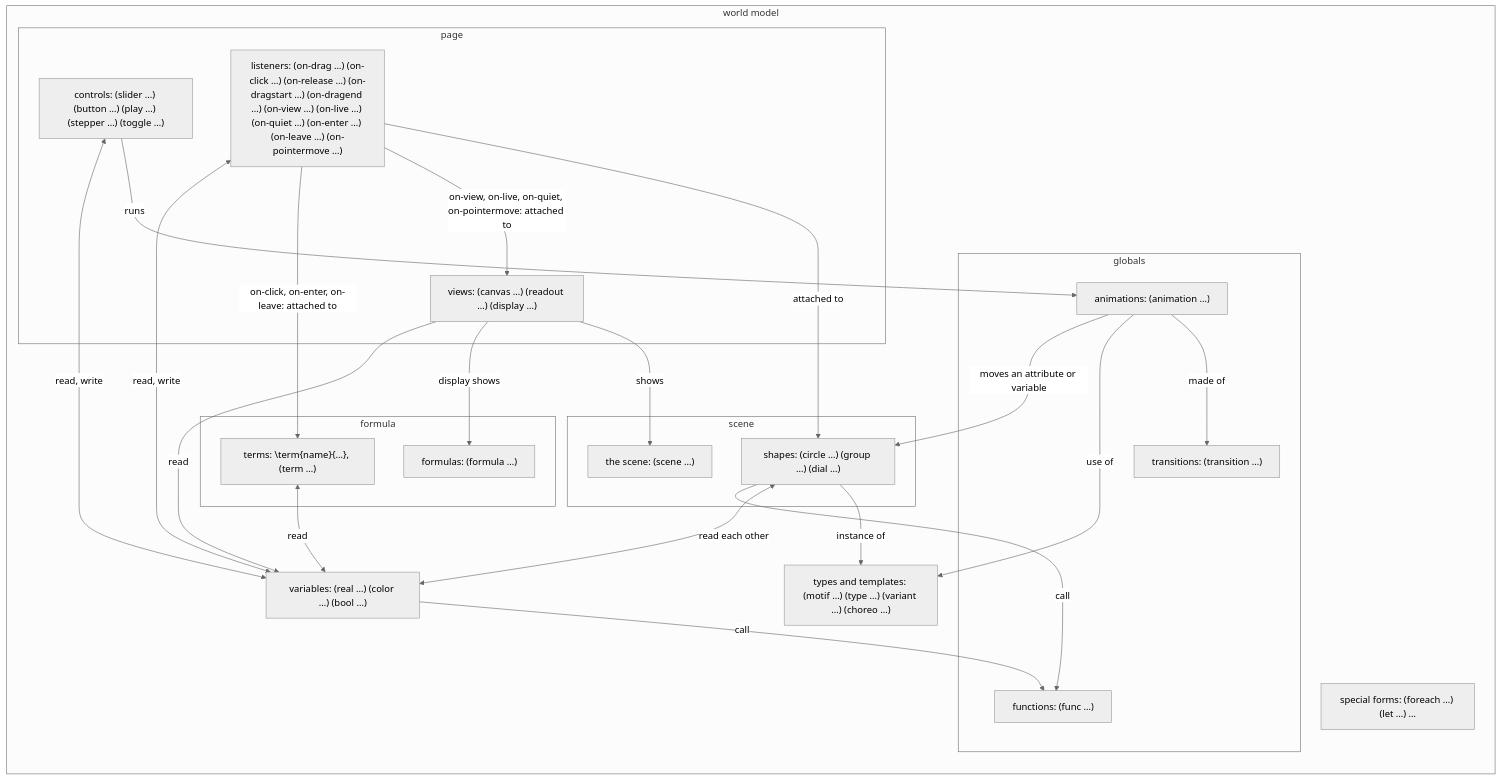
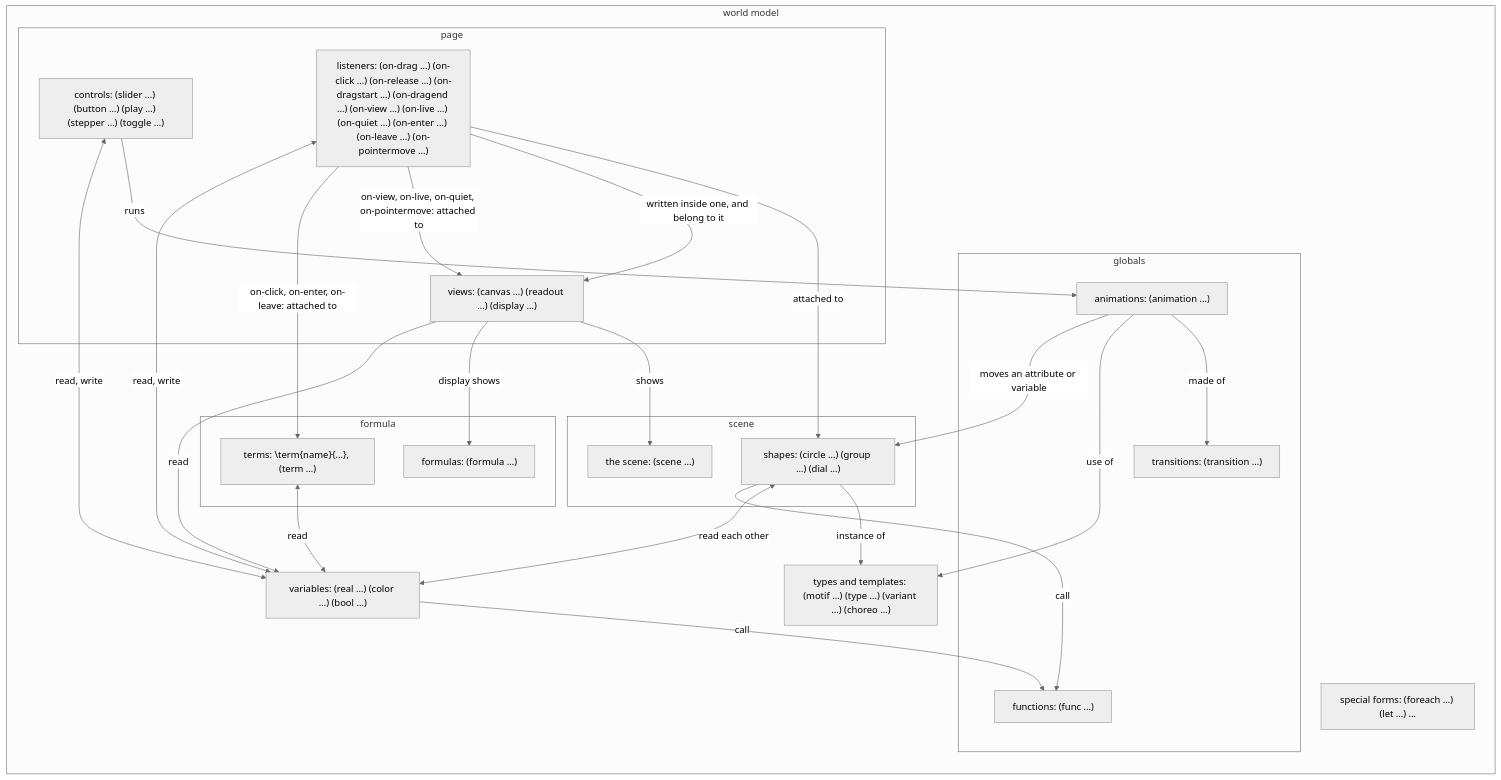
The second of 3 diagrams in docs/data-model.md (aris-pub/mathterpiece), drawn with Mermaid (neutral theme) before and after one commit. The commit also changed other lines of this file and 65 other files, not shown here.

First line of the commit message:
Listeners inside the views they act in (mtp-6k7f)

````diff
--- a/docs/data-model.md
+++ b/docs/data-model.md
@@ -98,41 +98,42 @@
 ```mermaid
 flowchart LR
   subgraph wm [world model]
     types["types and templates: (motif …) (type …) (variant …) (choreo …)"]
     special["special forms: (foreach …) (let …) …"]
     subgraph scene
       sc["the scene: (scene …)"]
       shapes["shapes: (circle …) (group …) (dial …)"]
     end
     subgraph formula
       fm["formulas: (formula …)"]
       terms["terms: \term{name}{…}, (term …)"]
     end
     vars["variables: (real …) (color …) (bool …)"]
     subgraph globals
       funcs["functions: (func …)"]
       trans["transitions: (transition …)"]
       anims["animations: (animation …)"]
     end
     subgraph page
       views["views: (canvas …) (readout …) (display …)"]
       listeners["listeners: (on-drag …) (on-click …) (on-release …) (on-dragstart …) (on-dragend …) (on-view …) (on-live …) (on-quiet …) (on-enter …) (on-leave …) (on-pointermove …)"]
       controls["controls: (slider …) (button …) (play …) (stepper …) (toggle …)"]
     end
   end
   shapes -->|instance of| types
   shapes <-->|read each other| vars
   vars & shapes -->|call| funcs
   anims -->|made of| trans
   anims -->|use of| types
   anims -->|moves an attribute or variable| shapes
   controls -->|runs| anims
   listeners -->|attached to| shapes
+  listeners -->|written inside one, and belong to it| views
   listeners -->|on-view, on-live, on-quiet, on-pointermove: attached to| views
   views -->|shows| sc
   views -->|display shows| fm
   listeners -->|on-click, on-enter, on-leave: attached to| terms
   terms <-->|read| vars
   views -->|read| vars
   listeners & controls <-->|read, write| vars
 ```
````
